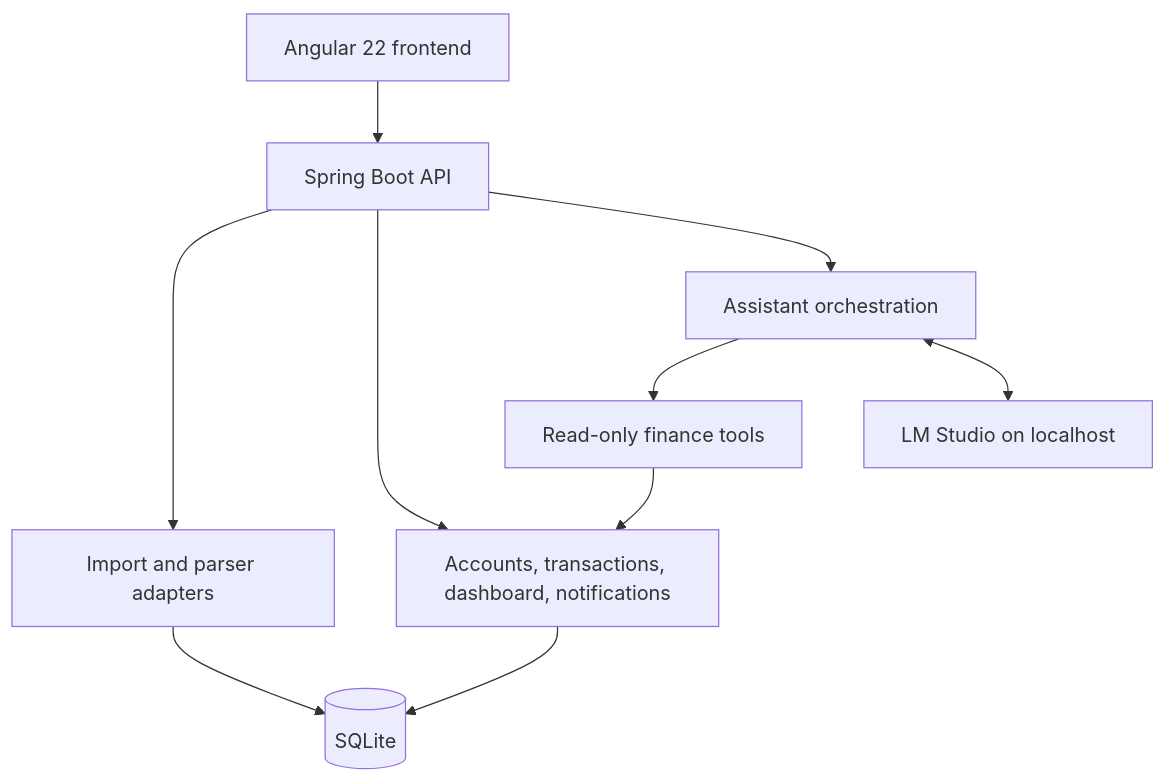
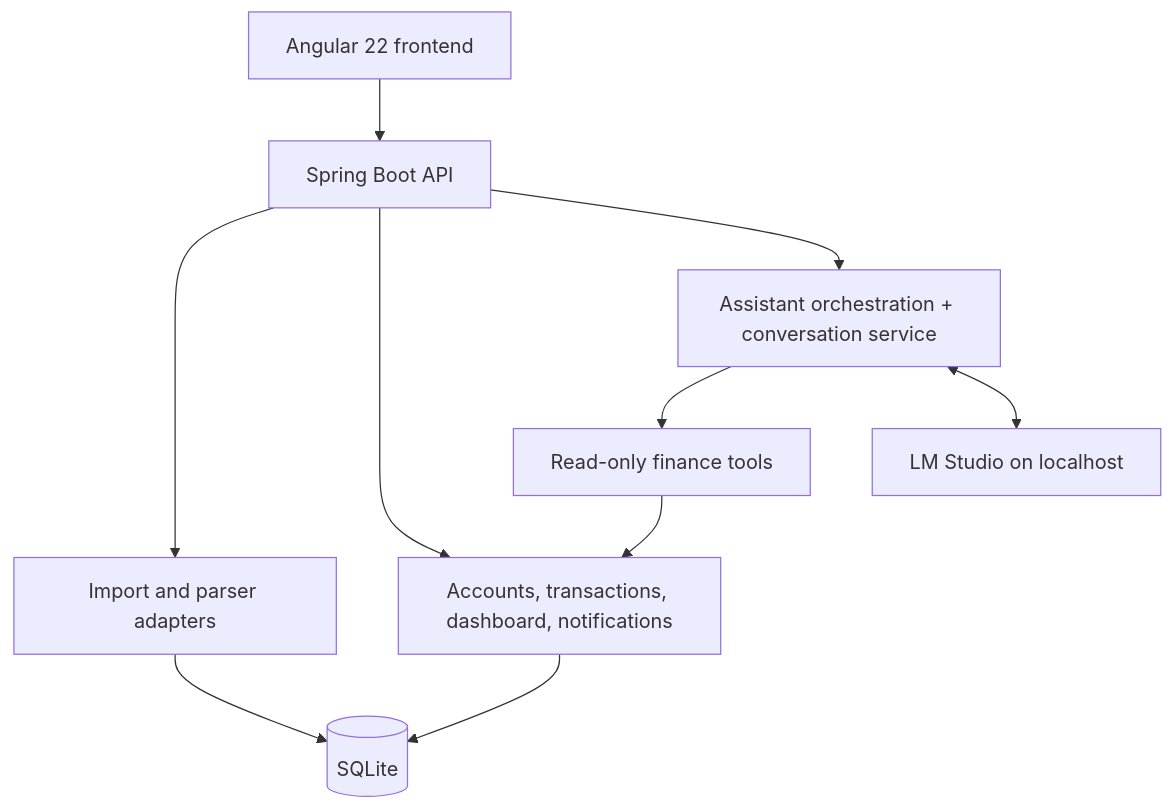
Before and after one commit to prprathikantam1991/personal-finance-tracker: the diagram in docs/ARCHITECTURE.md, drawn with Mermaid. The commit also changed other lines of this file and 9 other files, not shown here.

Commit message:
docs: align roadmap with delivered assistant behavior

````diff
--- a/docs/ARCHITECTURE.md
+++ b/docs/ARCHITECTURE.md
@@ -5,12 +5,12 @@
 ```mermaid
 flowchart TB
     UI[Angular 22 frontend] --> API[Spring Boot API]
     API --> IMPORT[Import and parser adapters]
     API --> FINANCE[Accounts, transactions, dashboard, notifications]
-    API --> ASSISTANT[Assistant orchestration]
+    API --> ASSISTANT[Assistant orchestration + conversation service]
     IMPORT --> DB[(SQLite)]
     FINANCE --> DB
     ASSISTANT --> TOOLS[Read-only finance tools]
     TOOLS --> FINANCE
     ASSISTANT <--> LM[LM Studio on localhost]
 ```
````
